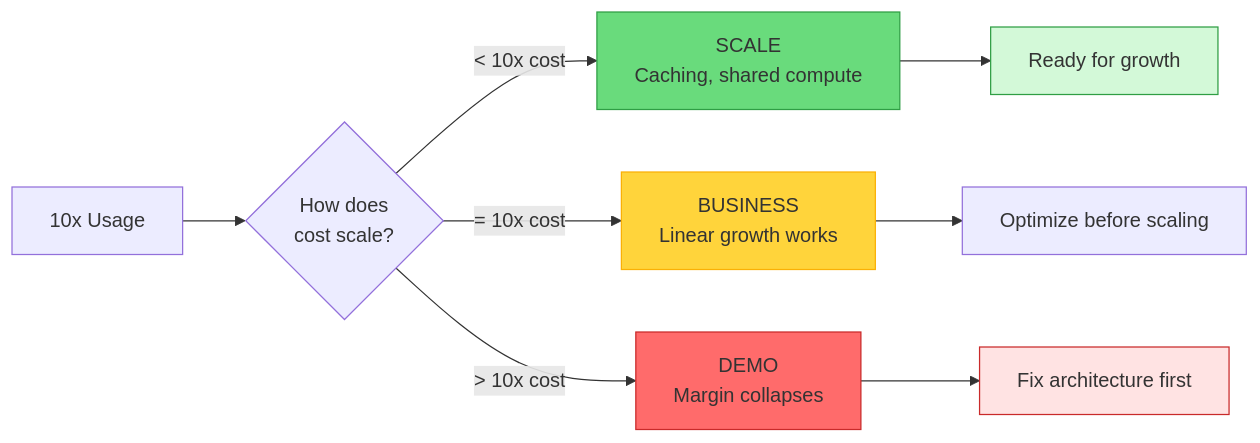
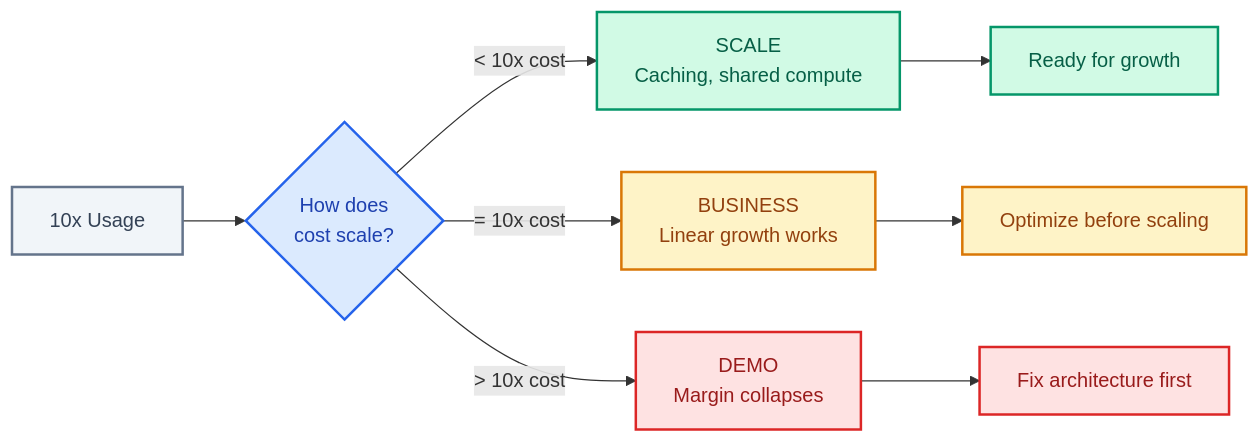
One commit to whoisrade/agentic-field-manual changed the diagram in 01-failure-modes/margin-fragility.md. Above: the diagram before and after it, drawn with Mermaid. The commit also changed 18 other files, not shown here.

Commit message:
refine mermaid diagrams with enterprise color palette

````diff
--- a/01-failure-modes/margin-fragility.md
+++ b/01-failure-modes/margin-fragility.md
@@ -123,18 +123,21 @@
 ```mermaid
 flowchart LR
-    Usage[10x Usage] --> Test{How does<br/>cost scale?}
+    Usage["10x Usage"] --> Test{"How does<br/>cost scale?"}
     
     Test -->|"< 10x cost"| Scale["SCALE<br/>Caching, shared compute"]
     Test -->|"= 10x cost"| Business["BUSINESS<br/>Linear growth works"]
     Test -->|"> 10x cost"| Demo["DEMO<br/>Margin collapses"]
     
-    Scale --> Ready[Ready for growth]
-    Business --> Optimize[Optimize before scaling]
-    Demo --> Rebuild[Fix architecture first]
+    Scale --> Ready["Ready for growth"]
+    Business --> Optimize["Optimize before scaling"]
+    Demo --> Rebuild["Fix architecture first"]
     
-    style Scale fill:#69db7c,stroke:#2f9e44
-    style Business fill:#ffd43b,stroke:#fab005
-    style Demo fill:#ff6b6b,stroke:#c92a2a
-    style Ready fill:#d3f9d8,stroke:#2f9e44
-    style Rebuild fill:#ffe3e3,stroke:#c92a2a
+    style Usage fill:#f1f5f9,stroke:#64748b,stroke-width:2px,color:#334155
+    style Test fill:#dbeafe,stroke:#2563eb,stroke-width:2px,color:#1e40af
+    style Scale fill:#d1fae5,stroke:#059669,stroke-width:2px,color:#065f46
+    style Business fill:#fef3c7,stroke:#d97706,stroke-width:2px,color:#92400e
+    style Demo fill:#fee2e2,stroke:#dc2626,stroke-width:2px,color:#991b1b
+    style Ready fill:#d1fae5,stroke:#059669,stroke-width:2px,color:#065f46
+    style Optimize fill:#fef3c7,stroke:#d97706,stroke-width:2px,color:#92400e
+    style Rebuild fill:#fee2e2,stroke:#dc2626,stroke-width:2px,color:#991b1b
 ```
````
